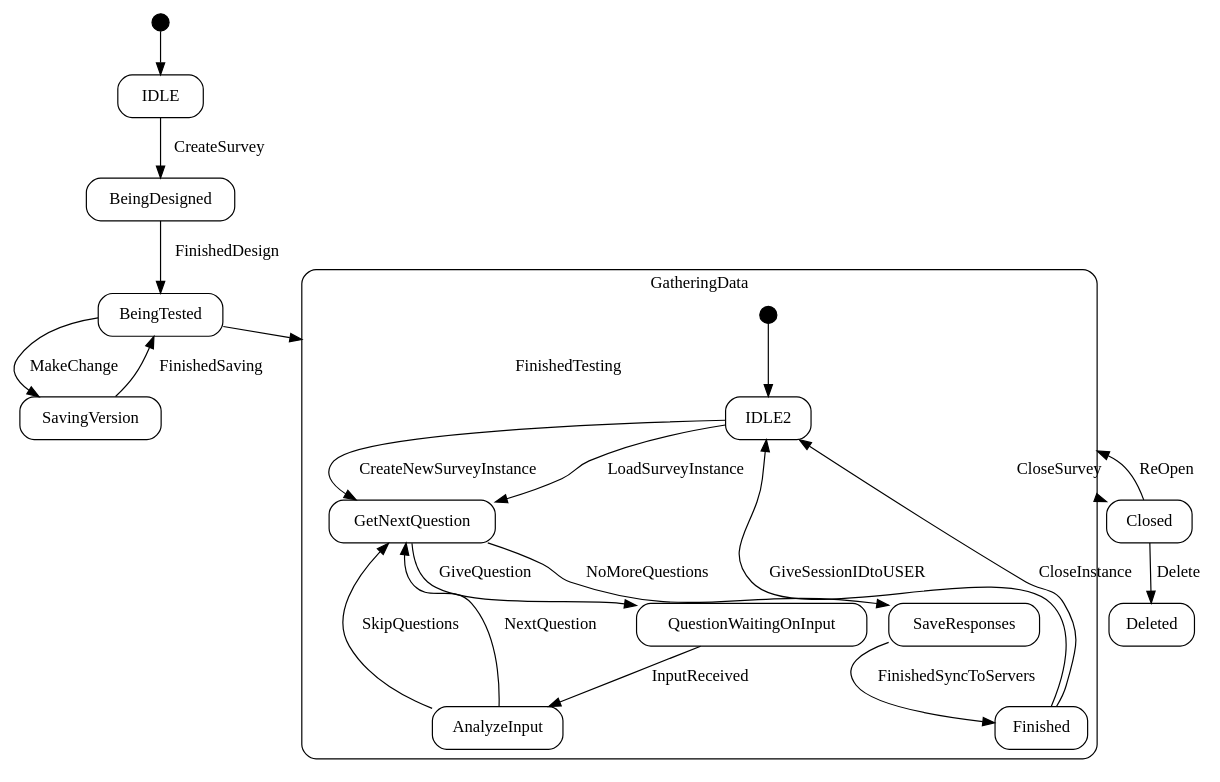
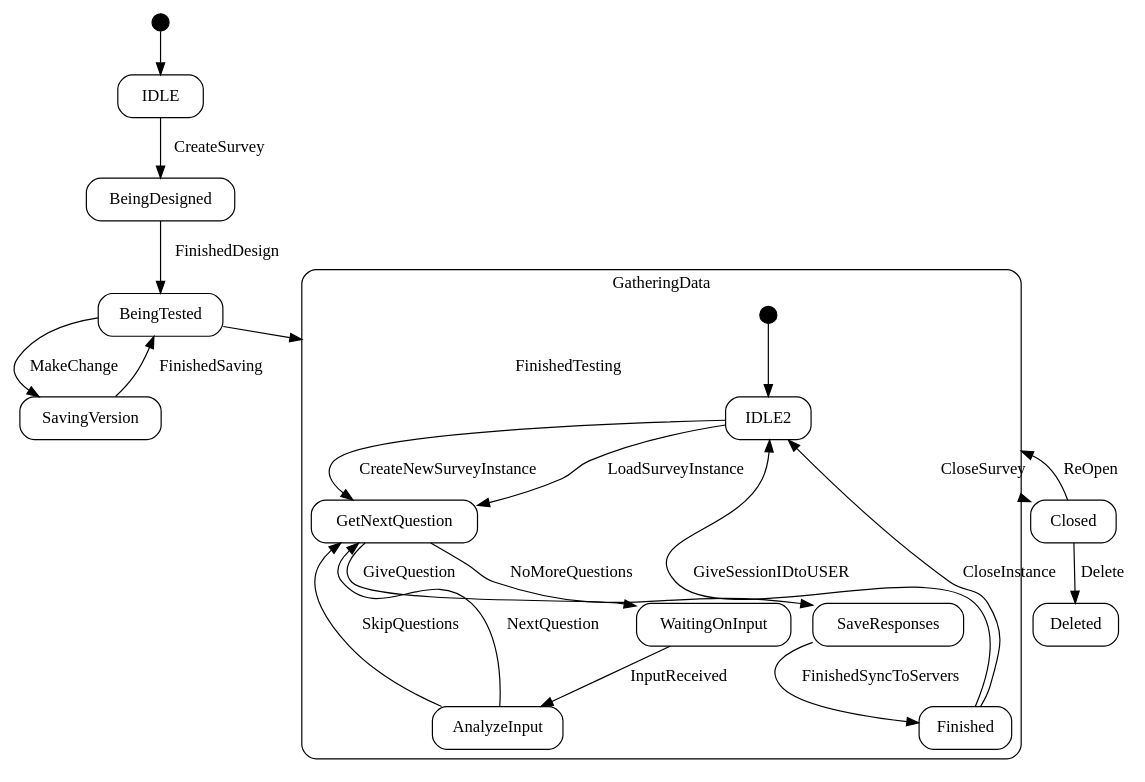
The diagram in Assignments/Assignment 4/Survey_State_Diagram.gv (fletchto99/SEG2105), drawn with Graphviz before and after one commit. The commit also changed 5 other files, not shown here.

```diff
--- a/Assignments/Assignment 4/Survey_State_Diagram.gv
+++ b/Assignments/Assignment 4/Survey_State_Diagram.gv
@@ -1,139 +1,139 @@
 // Code generated by Umple 1.22.0.5146
 
 digraph "Survey_State_Diagram" {
   compound = true;
   size="80,10"
 
   // Class: Model
 
     // Top Level StateMachine: sm
     
     // Start states are shown as a black circle
     node [shape = point, fillcolor="black", width=0.2 ];
     start_Model_sm [ tooltip = "Class Model, SM sm, State start" ];
     
         
     // Format for normal states
     node [shape = rectangle, width=1,style=rounded];
     
       // State: IDLE
 
       Model_sm_IDLE [label = IDLE, tooltip = "Class Model, SM sm, State IDLE"];
       // End State: IDLE
 
       // State: BeingDesigned
 
       Model_sm_BeingDesigned [label = BeingDesigned, tooltip = "Class Model, SM sm, State BeingDesigned"];
       // End State: BeingDesigned
 
       // State: BeingTested
 
       Model_sm_BeingTested [label = BeingTested, tooltip = "Class Model, SM sm, State BeingTested"];
       // End State: BeingTested
 
       // State: SavingVersion
 
       Model_sm_SavingVersion [label = SavingVersion, tooltip = "Class Model, SM sm, State SavingVersion"];
       // End State: SavingVersion
 
       // State: GatheringData
 
      subgraph clusterModel_sm_GatheringData {
       label = "GatheringData";
       style = rounded;
 
       // Bottom Level StateMachine: GatheringData
       
       // Start states are shown as a black circle
       node [shape = point, fillcolor="black", width=0.2 ];
       start_Model_GatheringData [ tooltip = "Class Model, SM sm, State GatheringData.start" ];
       
             
       // Format for normal states
       node [shape = rectangle, width=1,style=rounded];
       
         // State: IDLE2
 
         Model_smGatheringData_IDLE2 [label = IDLE2, tooltip = "Class Model, SM sm, State GatheringData.IDLE2"];
         // End State: IDLE2
 
-        // State: QuestionWaitingOnInput
+        // State: WaitingOnInput
 
-        Model_smGatheringData_QuestionWaitingOnInput [label = QuestionWaitingOnInput, tooltip = "Class Model, SM sm, State GatheringData.QuestionWaitingOnInput"];
-        // End State: QuestionWaitingOnInput
+        Model_smGatheringData_WaitingOnInput [label = WaitingOnInput, tooltip = "Class Model, SM sm, State GatheringData.WaitingOnInput"];
+        // End State: WaitingOnInput
 
         // State: AnalyzeInput
 
         Model_smGatheringData_AnalyzeInput [label = AnalyzeInput, tooltip = "Class Model, SM sm, State GatheringData.AnalyzeInput"];
         // End State: AnalyzeInput
 
         // State: GetNextQuestion
 
         Model_smGatheringData_GetNextQuestion [label = GetNextQuestion, tooltip = "Class Model, SM sm, State GatheringData.GetNextQuestion"];
         // End State: GetNextQuestion
 
         // State: SaveResponses
 
         Model_smGatheringData_SaveResponses [label = SaveResponses, tooltip = "Class Model, SM sm, State GatheringData.SaveResponses"];
         // End State: SaveResponses
 
         // State: Finished
 
         Model_smGatheringData_Finished [label = Finished, tooltip = "Class Model, SM sm, State GatheringData.Finished"];
         // End State: Finished
       // End Bottom Level StateMachine: GatheringData
      }
       // End State: GatheringData
 
       // State: Closed
 
       Model_sm_Closed [label = Closed, tooltip = "Class Model, SM sm, State Closed"];
       // End State: Closed
 
       // State: Deleted
 
       Model_sm_Deleted [label = Deleted, tooltip = "Class Model, SM sm, State Deleted"];
       // End State: Deleted
     // End Top Level StateMachine: sm
 
   // All transitions
     start_Model_sm -> Model_sm_IDLE [  tooltip = "start to IDLE" ] ;
     Model_sm_IDLE -> Model_sm_BeingDesigned [  label = "CreateSurvey", tooltip = "From IDLE to BeingDesigned on CreateSurvey" ] ;
   
   Model_sm_BeingDesigned -> Model_sm_BeingTested [  label = "FinishedDesign", tooltip = "From BeingDesigned to BeingTested on FinishedDesign" ] ;
   
   Model_sm_SavingVersion -> Model_sm_BeingTested [  label = "FinishedSaving", tooltip = "From SavingVersion to BeingTested on FinishedSaving" ] ;
   
   Model_sm_BeingTested -> Model_sm_SavingVersion [  label = "MakeChange", tooltip = "From BeingTested to SavingVersion on MakeChange" ] ;
   
   Model_sm_BeingTested -> Model_smGatheringData_IDLE2 [  lhead=clusterModel_sm_GatheringData,  label = "FinishedTesting", tooltip = "From BeingTested to GatheringData on FinishedTesting" ] ;
   
   Model_sm_Closed -> Model_smGatheringData_IDLE2 [  lhead=clusterModel_sm_GatheringData,  label = "ReOpen", tooltip = "From Closed to GatheringData on ReOpen" ] ;
   
   start_Model_GatheringData -> Model_smGatheringData_IDLE2 [  tooltip = "start to GatheringData.IDLE2" ] ;
     Model_smGatheringData_Finished -> Model_smGatheringData_IDLE2 [  label = "GiveSessionIDtoUSER", tooltip = "From GatheringData.Finished to GatheringData.IDLE2 on GiveSessionIDtoUSER" ] ;
   
   Model_smGatheringData_Finished -> Model_smGatheringData_IDLE2 [  label = "CloseInstance", tooltip = "From GatheringData.Finished to GatheringData.IDLE2 on CloseInstance" ] ;
   
-  Model_smGatheringData_GetNextQuestion -> Model_smGatheringData_QuestionWaitingOnInput [  label = "GiveQuestion", tooltip = "From GatheringData.GetNextQuestion to GatheringData.QuestionWaitingOnInput on GiveQuestion" ] ;
+  Model_smGatheringData_GetNextQuestion -> Model_smGatheringData_WaitingOnInput [  label = "GiveQuestion", tooltip = "From GatheringData.GetNextQuestion to GatheringData.WaitingOnInput on GiveQuestion" ] ;
   
-  Model_smGatheringData_QuestionWaitingOnInput -> Model_smGatheringData_AnalyzeInput [  label = "InputReceived", tooltip = "From GatheringData.QuestionWaitingOnInput to GatheringData.AnalyzeInput on InputReceived" ] ;
+  Model_smGatheringData_WaitingOnInput -> Model_smGatheringData_AnalyzeInput [  label = "InputReceived", tooltip = "From GatheringData.WaitingOnInput to GatheringData.AnalyzeInput on InputReceived" ] ;
   
   Model_smGatheringData_IDLE2 -> Model_smGatheringData_GetNextQuestion [  label = "CreateNewSurveyInstance", tooltip = "From GatheringData.IDLE2 to GatheringData.GetNextQuestion on CreateNewSurveyInstance" ] ;
   
   Model_smGatheringData_IDLE2 -> Model_smGatheringData_GetNextQuestion [  label = "LoadSurveyInstance", tooltip = "From GatheringData.IDLE2 to GatheringData.GetNextQuestion on LoadSurveyInstance" ] ;
   
   Model_smGatheringData_AnalyzeInput -> Model_smGatheringData_GetNextQuestion [  label = "SkipQuestions", tooltip = "From GatheringData.AnalyzeInput to GatheringData.GetNextQuestion on SkipQuestions" ] ;
   
   Model_smGatheringData_AnalyzeInput -> Model_smGatheringData_GetNextQuestion [  label = "NextQuestion", tooltip = "From GatheringData.AnalyzeInput to GatheringData.GetNextQuestion on NextQuestion" ] ;
   
   Model_smGatheringData_GetNextQuestion -> Model_smGatheringData_SaveResponses [  label = "NoMoreQuestions", tooltip = "From GatheringData.GetNextQuestion to GatheringData.SaveResponses on NoMoreQuestions" ] ;
   
   Model_smGatheringData_SaveResponses -> Model_smGatheringData_Finished [  label = "FinishedSyncToServers", tooltip = "From GatheringData.SaveResponses to GatheringData.Finished on FinishedSyncToServers" ] ;
   
   Model_smGatheringData_IDLE2 -> Model_sm_Closed [  ltail=clusterModel_sm_GatheringData,  label = "CloseSurvey", tooltip = "From GatheringData to Closed on CloseSurvey" ] ;
   
   Model_sm_Closed -> Model_sm_Deleted [  label = "Delete", tooltip = "From Closed to Deleted on Delete" ] ;
   
 
 }
```
